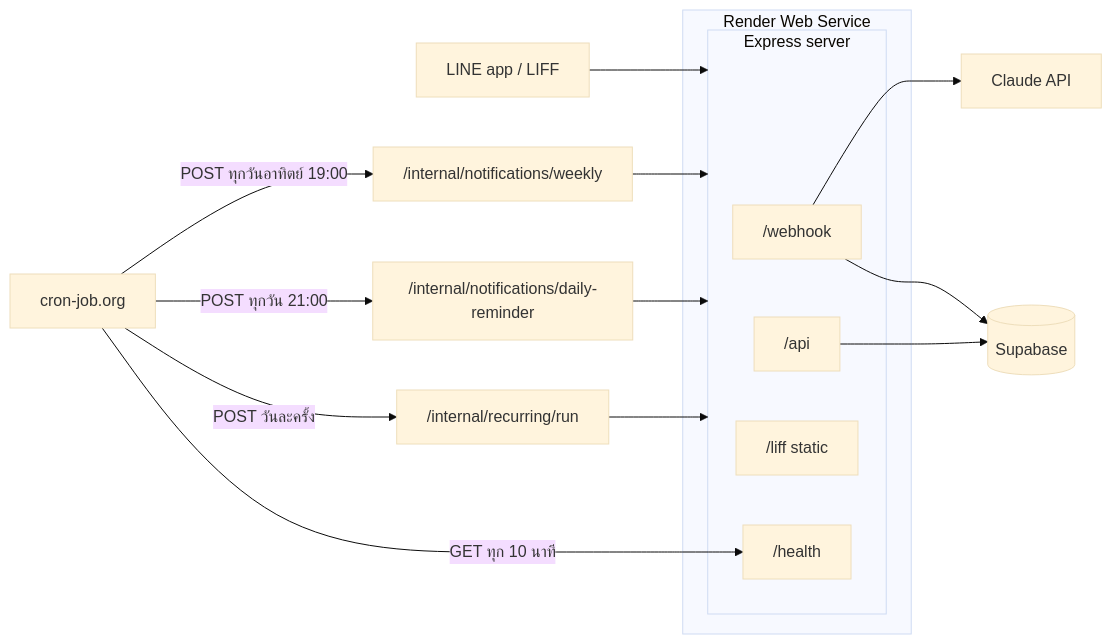
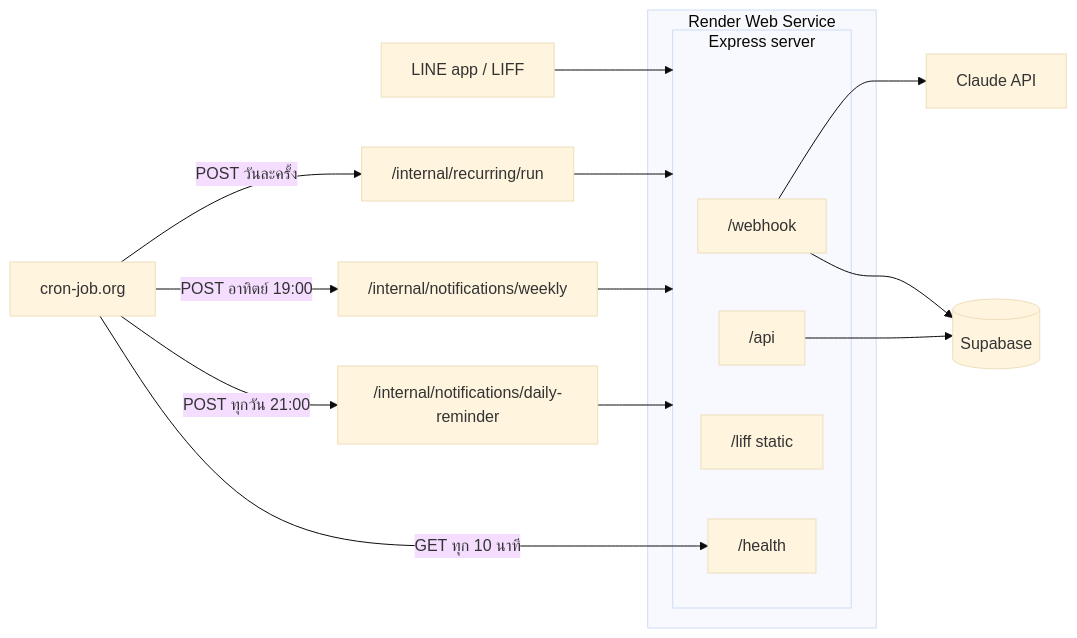
One commit to promminkiw/line-expense-bot changed the diagram in README.md. Above: the diagram before and after it, drawn with Mermaid (base theme). The commit also changed other lines of this file and 1 other file, not shown here.

````diff
--- a/README.md
+++ b/README.md
@@ -30,22 +25,22 @@
 ```mermaid
 flowchart LR
   LINE[LINE app / LIFF] --> Express
   subgraph Render[Render Web Service]
     subgraph Express[Express server]
       Webhook["/webhook"]
       Api["/api"]
       Static["/liff static"]
       Health["/health"]
     end
   end
   Webhook --> Claude[Claude API]
   Webhook --> Supabase[(Supabase)]
   Api --> Supabase
-  Cron[cron-job.org] -->|POST วันละครั้ง| Run["/internal/recurring/run"]
-  Cron -->|GET ทุก 10 นาที| Health
-  Cron -->|POST ทุกวันอาทิตย์ 19:00| Weekly["/internal/notifications/weekly"]
+  Cron[cron-job.org] -->|GET ทุก 10 นาที| Health
+  Cron -->|POST วันละครั้ง| Run["/internal/recurring/run"]
+  Cron -->|POST อาทิตย์ 19:00| Weekly["/internal/notifications/weekly"]
+  Cron -->|POST ทุกวัน 21:00| Daily["/internal/notifications/daily-reminder"]
+  Run --> Express
   Weekly --> Express
-  Cron -->|POST ทุกวัน 21:00| Daily["/internal/notifications/daily-reminder"]
   Daily --> Express
-  Run --> Express
 ```
````
